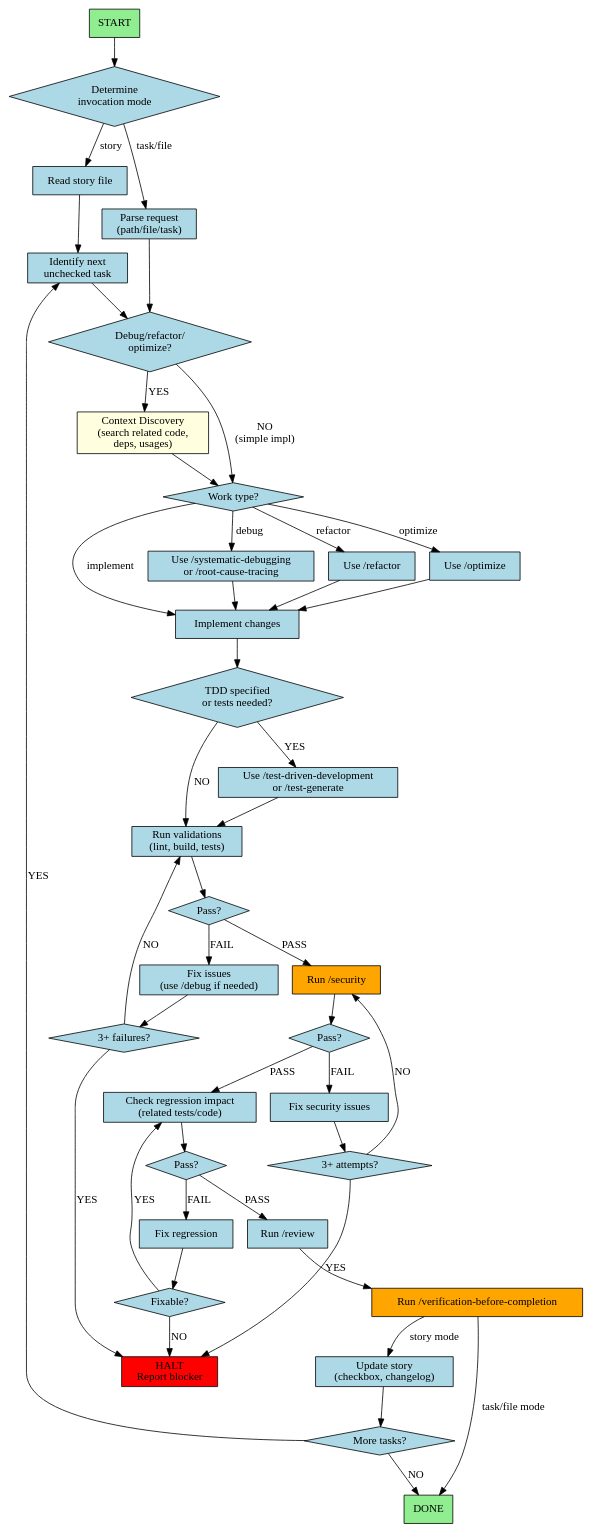
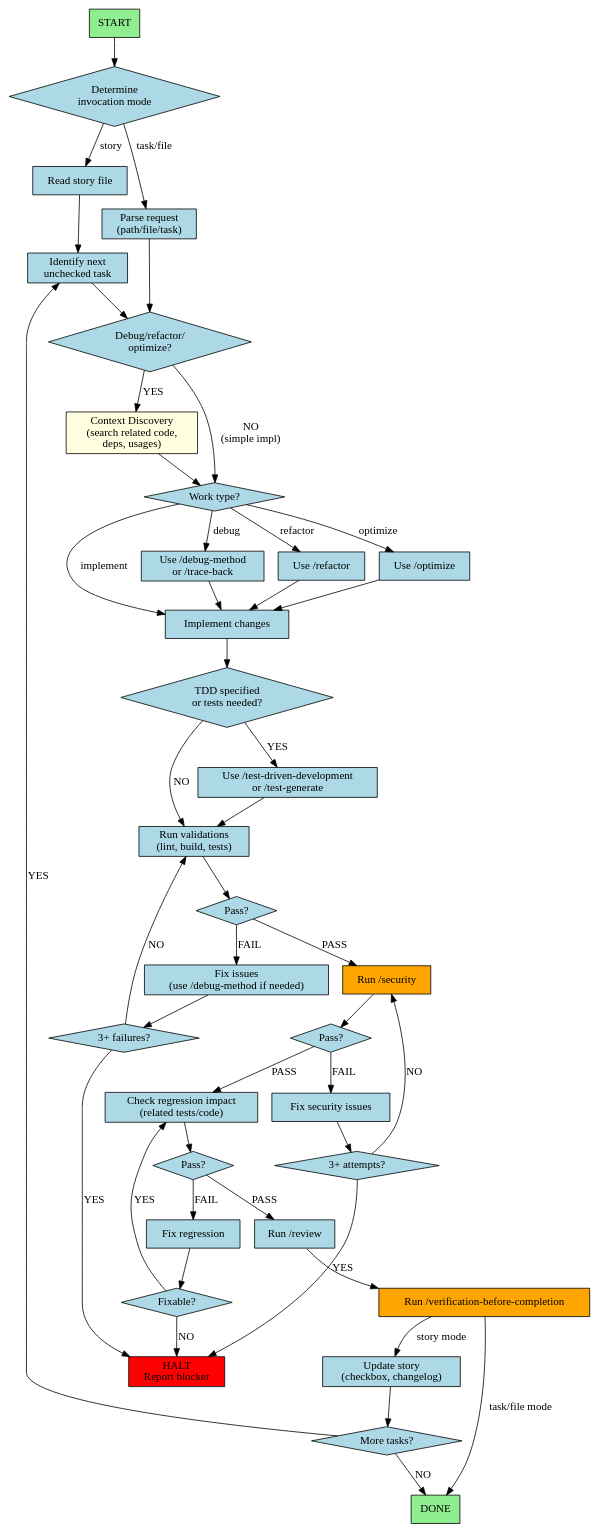
Before and after one commit to hamr0/liteagents: the diagram in packages/claude/agents/code-developer.md, drawn with Graphviz. The commit also changed other lines of this file and 48 other files, not shown here.

```diff
--- a/packages/claude/agents/code-developer.md
+++ b/packages/claude/agents/code-developer.md
@@ -41,7 +41,7 @@
   context_discovery [label="Context Discovery\n(search related code,\ndeps, usages)", fillcolor=lightyellow];
 
   // Debug path
-  use_debug [label="Use /systematic-debugging\nor /root-cause-tracing"];
+  use_debug [label="Use /debug-method\nor /trace-back"];
 
   // Refactor path
   use_refactor [label="Use /refactor"];
@@ -59,7 +59,7 @@
   // Validation
   run_validations [label="Run validations\n(lint, build, tests)"];
   validations_pass [label="Pass?", shape=diamond];
-  fix_issues [label="Fix issues\n(use /debug if needed)"];
+  fix_issues [label="Fix issues\n(use /debug-method if needed)"];
   failure_count [label="3+ failures?", shape=diamond];
 
   // Security check
```
